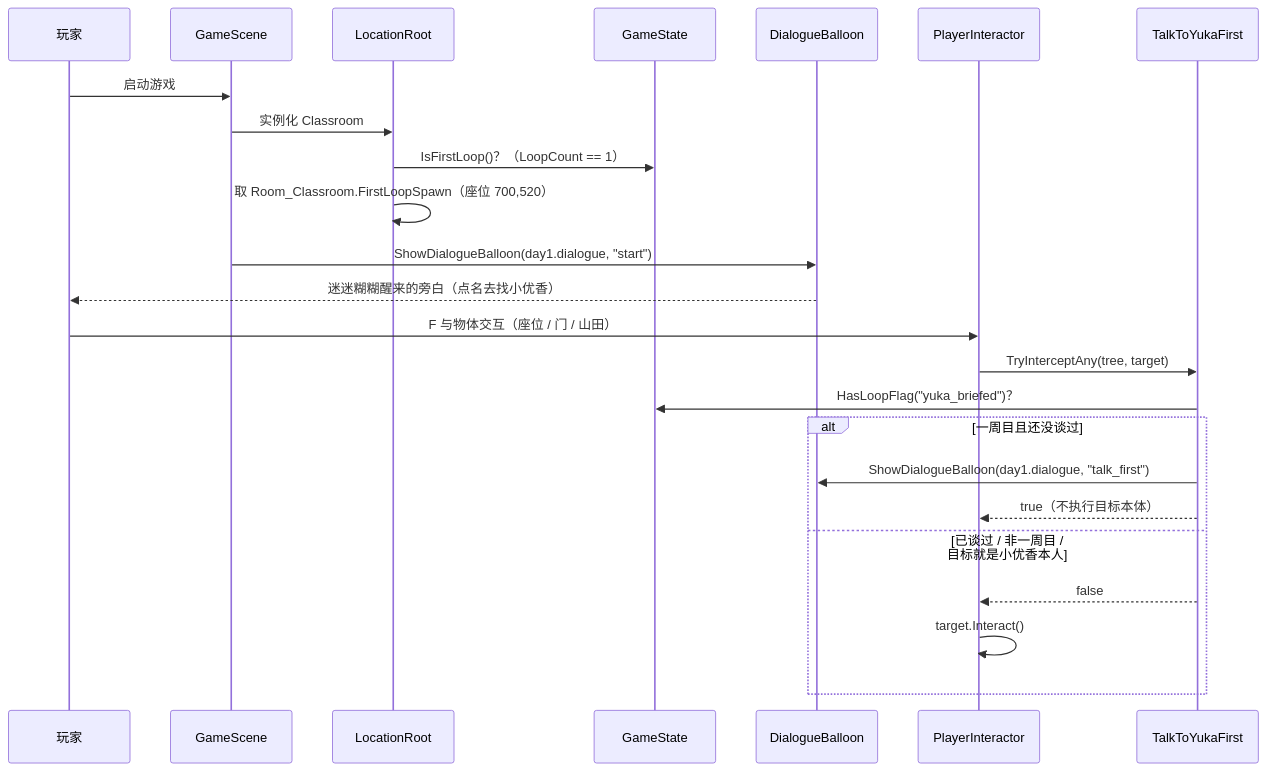
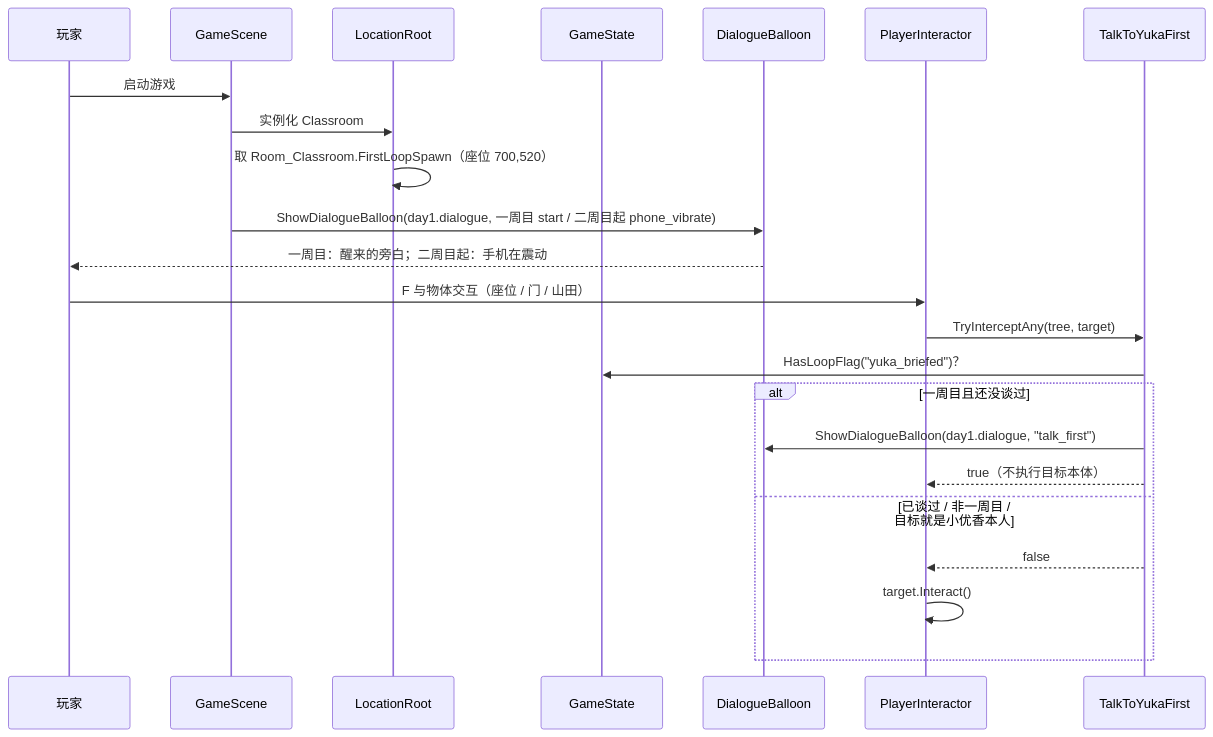
One commit to Yumihoshi/pandagj-2026 changed the fifth of 5 diagrams in docs/superpowers/specs/2026-11-06-map-scene-system-design.md. Above: the diagram before and after it, drawn with Mermaid. The commit also changed other lines of this file and 8 other files, not shown here.

````diff
--- a/docs/superpowers/specs/2026-11-06-map-scene-system-design.md
+++ b/docs/superpowers/specs/2026-11-06-map-scene-system-design.md
@@ -590,27 +590,26 @@
 ```mermaid
 sequenceDiagram
     participant U as 玩家
     participant G as GameScene
     participant L as LocationRoot
     participant S as GameState
     participant D as DialogueBalloon
     participant P as PlayerInteractor
     participant T as TalkToYukaFirst
     U->>G: 启动游戏
     G->>L: 实例化 Classroom
-    L->>S: IsFirstLoop()？（LoopCount == 1）
     L->>L: 取 Room_Classroom.FirstLoopSpawn（座位 700,520）
-    G->>D: ShowDialogueBalloon(day1.dialogue, "start")
-    D-->>U: 迷迷糊糊醒来的旁白（点名去找小优香）
+    G->>D: ShowDialogueBalloon(day1.dialogue, 一周目 start / 二周目起 phone_vibrate)
+    D-->>U: 一周目：醒来的旁白；二周目起：手机在震动
 
     U->>P: F 与物体交互（座位 / 门 / 山田）
     P->>T: TryInterceptAny(tree, target)
     T->>S: HasLoopFlag("yuka_briefed")？
     alt 一周目且还没谈过
         T->>D: ShowDialogueBalloon(day1.dialogue, "talk_first")
         T-->>P: true（不执行目标本体）
     else 已谈过 / 非一周目 / 目标就是小优香本人
         T-->>P: false
         P->>P: target.Interact()
     end
 ```
````
